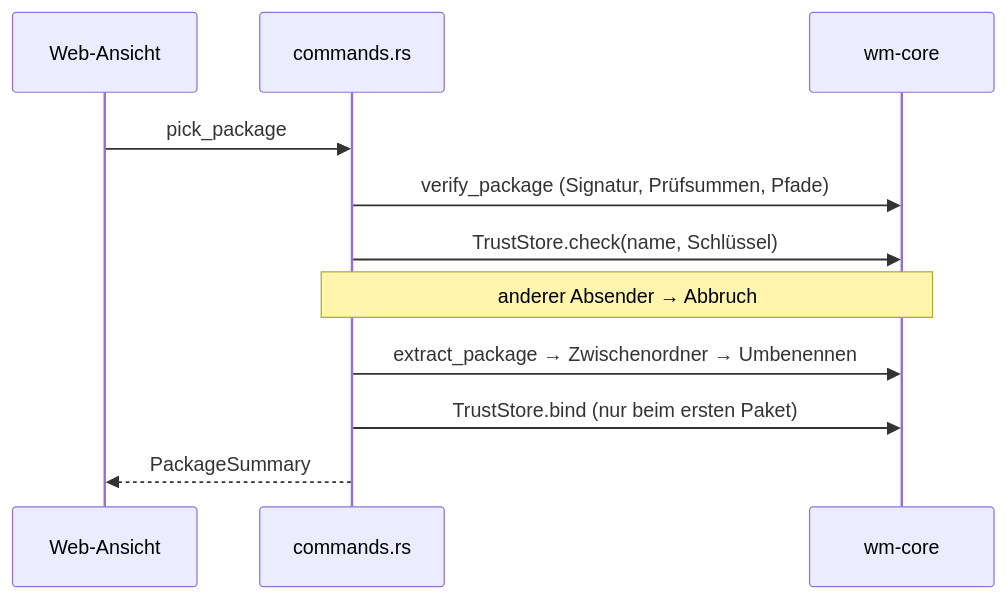
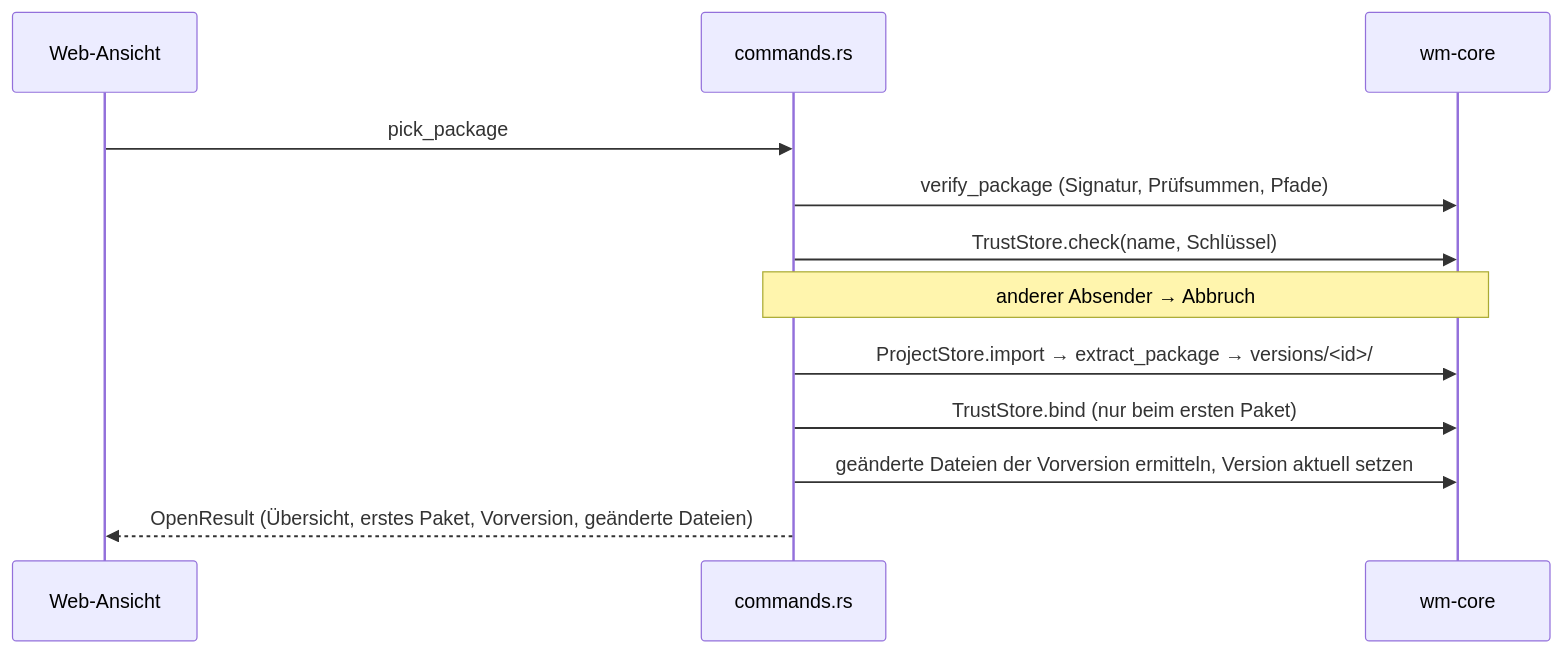
The third of 3 diagrams in docs/architektur.md (MrMarteng/website_manager), drawn with Mermaid before and after one commit. The commit also changed other lines of this file and 19 other files, not shown here.

````diff
--- a/docs/architektur.md
+++ b/docs/architektur.md
@@ -75,13 +76,14 @@
 ```mermaid
 sequenceDiagram
     participant UI as Web-Ansicht
     participant Cmd as commands.rs
     participant Core as wm-core
     UI->>Cmd: pick_package
     Cmd->>Core: verify_package (Signatur, Prüfsummen, Pfade)
     Cmd->>Core: TrustStore.check(name, Schlüssel)
     Note over Cmd,Core: anderer Absender → Abbruch
-    Cmd->>Core: extract_package → Zwischenordner → Umbenennen
+    Cmd->>Core: ProjectStore.import → extract_package → versions/<id>/
     Cmd->>Core: TrustStore.bind (nur beim ersten Paket)
-    Cmd-->>UI: PackageSummary
+    Cmd->>Core: geänderte Dateien der Vorversion ermitteln, Version aktuell setzen
+    Cmd-->>UI: OpenResult (Übersicht, erstes Paket, Vorversion, geänderte Dateien)
 ```
````
